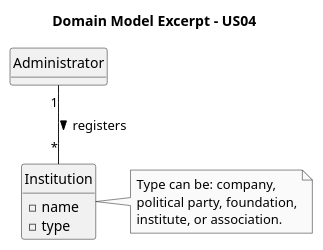
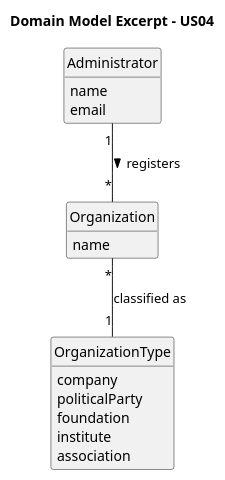
Before and after one commit to brunodspinto/crystal-clear-platform: the diagram in docs/system-documentation/US04/02.analysis/puml/US04-DM.puml, drawn with PlantUML. The commit also changed 23 other files, not shown here.

Commit message:
Altered Institution to Organiztion to avoid confusion with a term of spirnt 2, and changed OrganizationType to be an Enum. US altered: 03, 04, 06, and Global Artifacts

```diff
--- a/docs/system-documentation/US04/02.analysis/puml/US04-DM.puml
+++ b/docs/system-documentation/US04/02.analysis/puml/US04-DM.puml
@@ -1,27 +1,33 @@
 @startuml
 skinparam monochrome true
 skinparam packageStyle rectangle
 skinparam shadowing false
+skinparam classAttributeIconSize 0
 
 hide circle
 hide methods
 
 title Domain Model Excerpt - US04
 
 class Administrator {
+    name
+    email
 }
 
-class Institution {
-    - name
-    - type
+class Organization {
+    name
 }
 
-Administrator "1" -- "*" Institution : registers >
+enum OrganizationType {
+    company
+    politicalParty
+    foundation
+    institute
+    association
+}
 
-note right of Institution
-  Type can be: company,
-  political party, foundation,
-  institute, or association.
-end note
+Administrator "1" -- "*" Organization : registers >
+
+Organization "*" -- "1" OrganizationType : classified as
 
 @enduml
```
